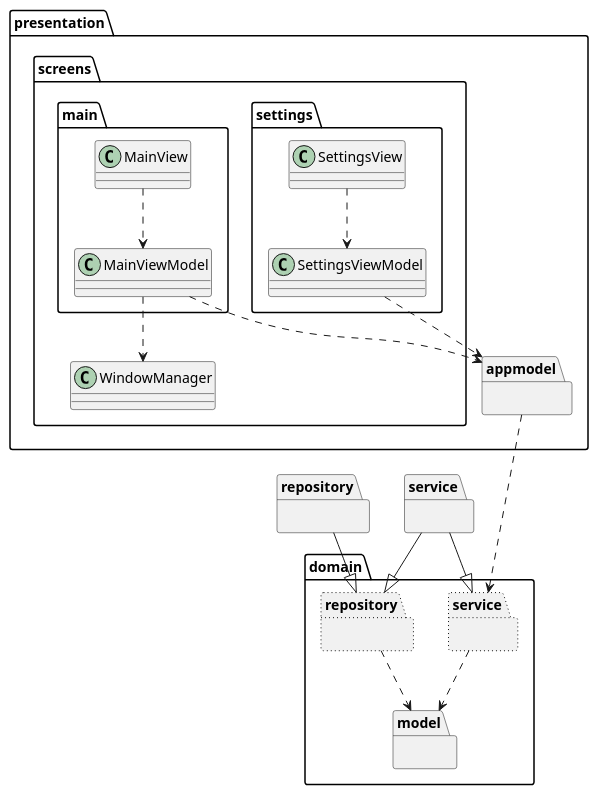
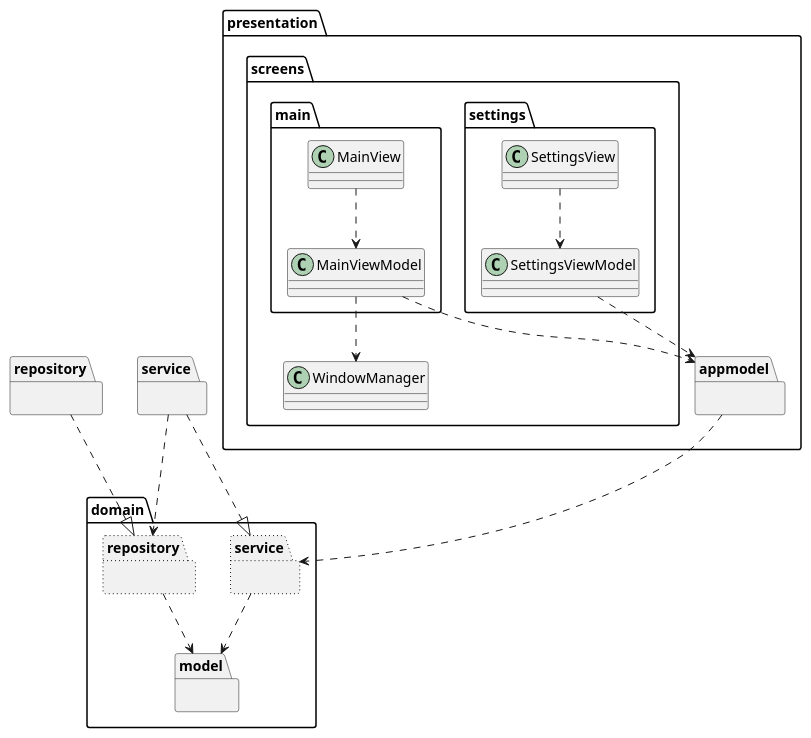
One commit to sosuisen/bmi-mvvm-with-builder changed the diagram in diagram/diagram.puml. Above: the diagram before and after it, drawn with PlantUML. The commit also changed 1 other file, not shown here.

```diff
--- a/diagram/diagram.puml
+++ b/diagram/diagram.puml
@@ -1,55 +1,57 @@
 @startuml
 'Overview of package dependencies
 
 package domain.model {
 
 }
 
 package domain.repository #line.dotted {
     
 }
 
 package domain.service #line.dotted {
 
 }
 
 package service {
 
 }
 
 package repository {
 
 }
 
 package presentation.appmodel {
 
 }
 
 package presentation.screens {
 
 }
 
 package presentation.screens.main {
     MainViewModel -[dashed]-> appmodel
     MainViewModel -[dashed]-> presentation.screens.WindowManager
     MainView -[dashed]-> MainViewModel
 }
 
 package presentation.screens.settings {
     SettingsViewModel -[dashed]-> appmodel
     SettingsView -[dashed]-> SettingsViewModel
 }
 
 presentation.appmodel --[dashed]-> domain.service
 
 domain.service -[dashed]-> domain.model
 
 domain.repository -[dashed]-> domain.model
 
-service --|> domain.service
+service ..|> domain.service
 
-service --|> domain.repository
+service --[dashed]-> domain.repository
 
-repository --|> domain.repository
+repository ..|> domain.repository
+
+service --[hidden]left-> repository
 
 @enduml
```
